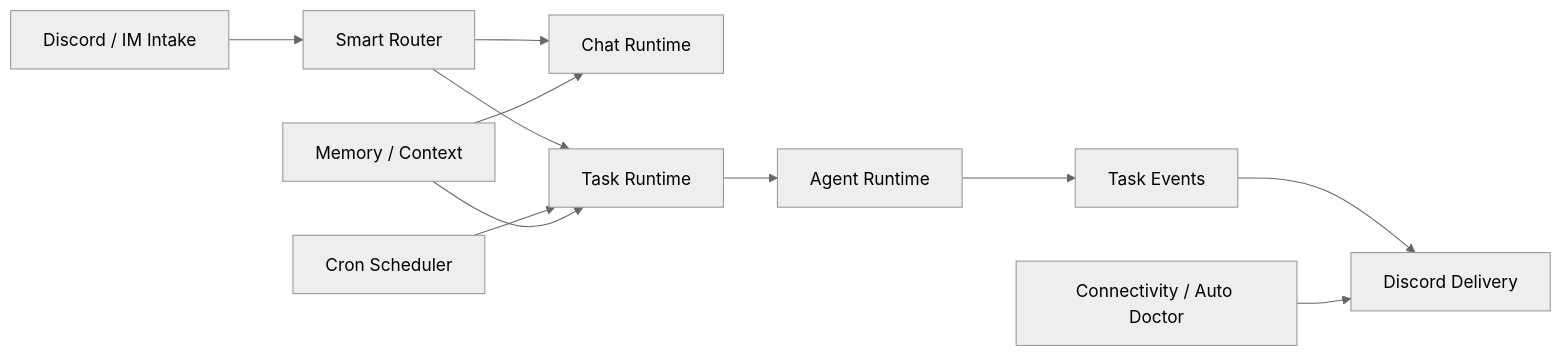
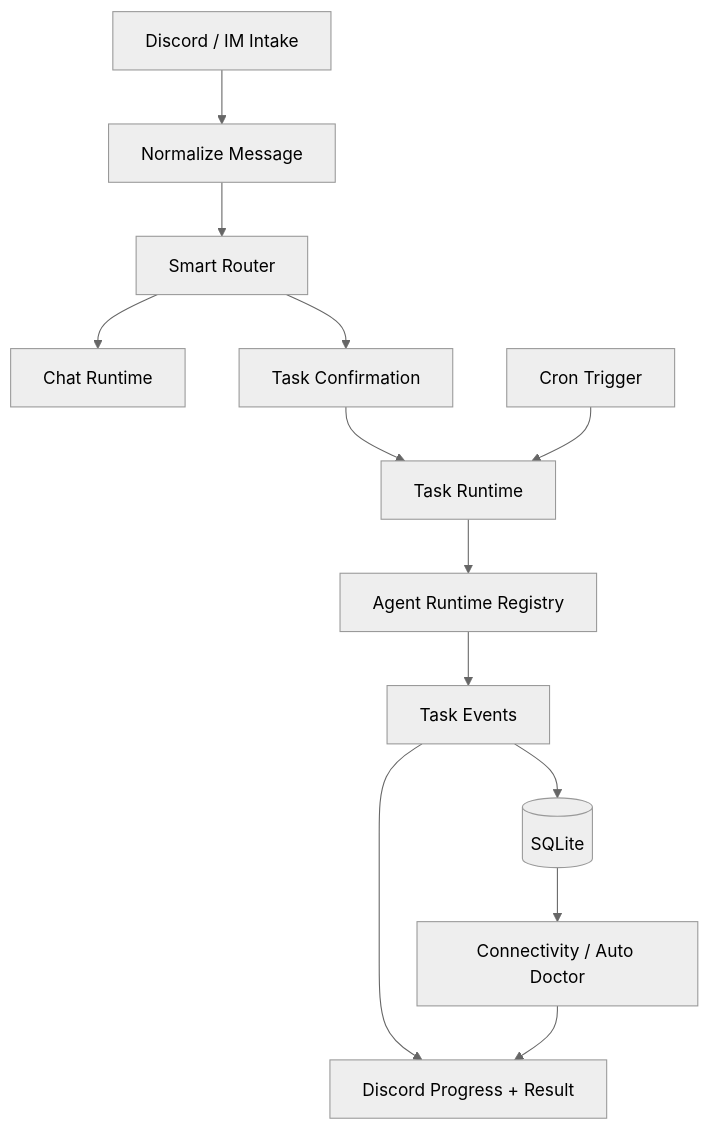
Before and after one commit to yuanyunfan/miniclaw: the first of 2 diagrams in website/en/capabilities/runtime.md, drawn with Mermaid (neutral theme). The commit also changed other lines of this file and 16 other files, not shown here.

````diff
--- a/website/en/capabilities/runtime.md
+++ b/website/en/capabilities/runtime.md
@@ -16,13 +16,15 @@
 ```mermaid
-flowchart LR
-  Intake[Discord / IM Intake] --> Router[Smart Router]
-  Router --> Chat[Chat Runtime]
-  Router --> Task[Task Runtime]
-  Cron[Cron Scheduler] --> Task
-  Task --> Agent[Agent Runtime]
+flowchart TD
+  Intake[Discord / IM Intake] --> Normalize[Normalize Message]
+  Normalize --> Decide[Smart Router]
+  Decide --> Chat[Chat Runtime]
+  Decide --> Confirm[Task Confirmation]
+  Confirm --> Task[Task Runtime]
+  Cron[Cron Trigger] --> Task
+  Task --> Agent[Agent Runtime Registry]
   Agent --> Events[Task Events]
-  Events --> Delivery[Discord Delivery]
-  Memory[Memory / Context] --> Chat
-  Memory --> Task
-  Recovery[Connectivity / Auto Doctor] --> Delivery
+  Events --> Store[(SQLite)]
+  Events --> Delivery[Discord Progress + Result]
+  Store --> Recovery[Connectivity / Auto Doctor]
+  Recovery --> Delivery
 ```
````
